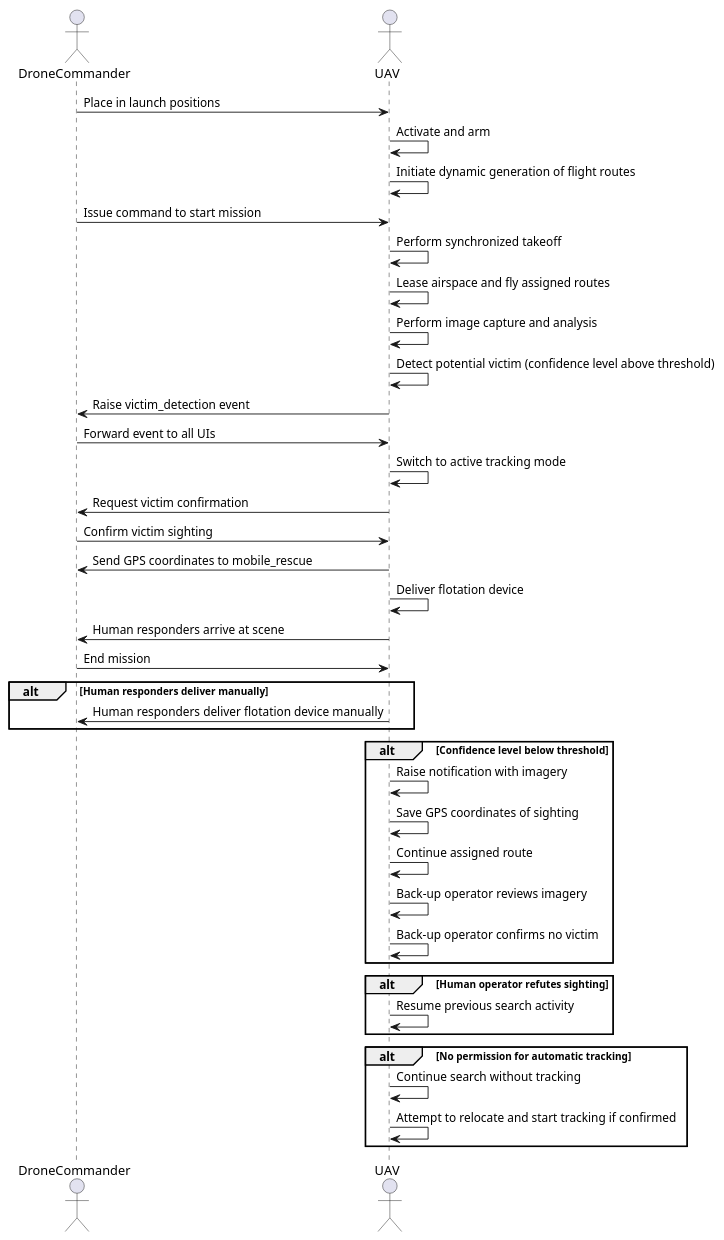
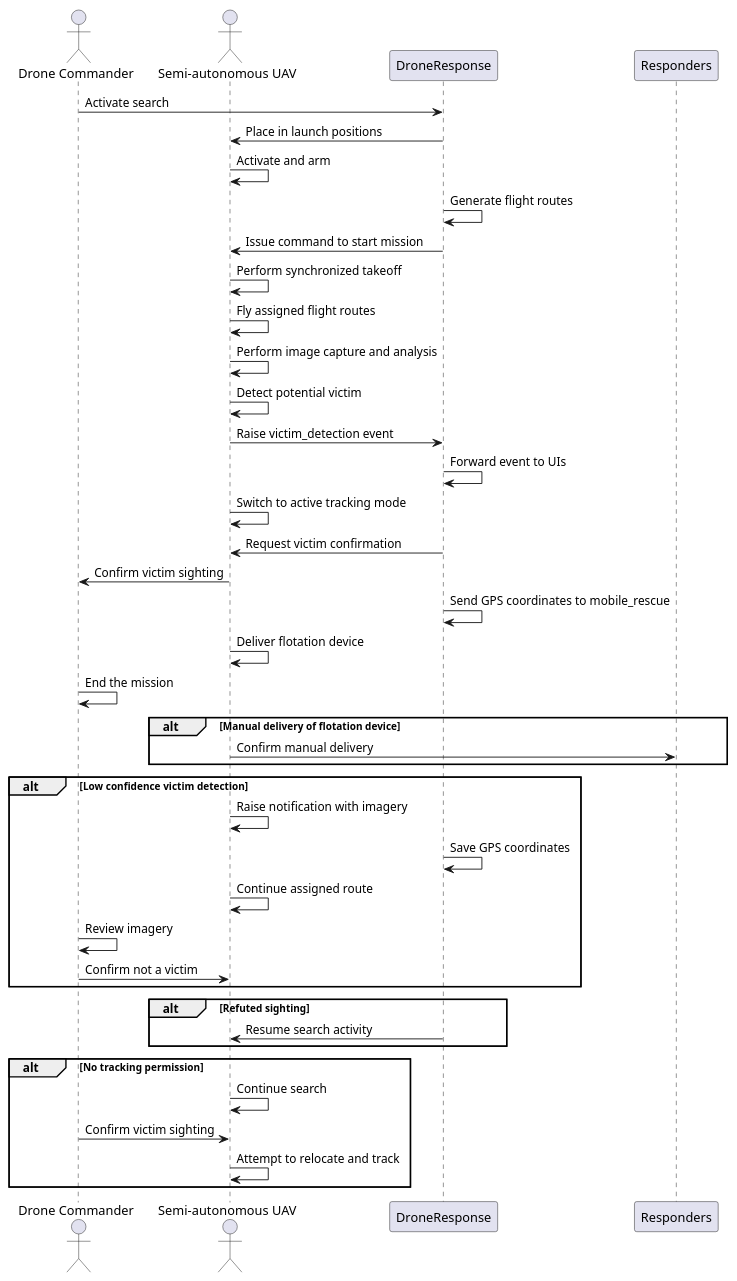
Before and after one commit to wbfenijo/Bakalarka: the diagram in data/outputsAI/SD1.puml, drawn with PlantUML. The commit also changed 7 other files, not shown here.

```diff
--- a/data/outputsAI/SD1.puml
+++ b/data/outputsAI/SD1.puml
@@ -1,43 +1,46 @@
 @startuml
-actor DroneCommander
-actor UAV
+actor "Drone Commander" as DC
+actor "Semi-autonomous UAV" as UAV
+participant "DroneResponse" as DR
 
-DroneCommander -> UAV : Place in launch positions
+DC -> DR : Activate search
+DR -> UAV : Place in launch positions
 UAV -> UAV : Activate and arm
-UAV -> UAV : Initiate dynamic generation of flight routes
-DroneCommander -> UAV : Issue command to start mission
+DR -> DR : Generate flight routes
+DR -> UAV : Issue command to start mission
 UAV -> UAV : Perform synchronized takeoff
-UAV -> UAV : Lease airspace and fly assigned routes
+UAV -> UAV : Fly assigned flight routes
 UAV -> UAV : Perform image capture and analysis
-UAV -> UAV : Detect potential victim (confidence level above threshold)
-UAV -> DroneCommander : Raise victim_detection event
-DroneCommander -> UAV : Forward event to all UIs
+UAV -> UAV : Detect potential victim
+UAV -> DR : Raise victim_detection event
+DR -> DR : Forward event to UIs
 UAV -> UAV : Switch to active tracking mode
-UAV -> DroneCommander : Request victim confirmation
-DroneCommander -> UAV : Confirm victim sighting
-UAV -> DroneCommander : Send GPS coordinates to mobile_rescue
+DR -> UAV : Request victim confirmation
+UAV -> DC : Confirm victim sighting
+DR -> DR : Send GPS coordinates to mobile_rescue
 UAV -> UAV : Deliver flotation device
-UAV -> DroneCommander : Human responders arrive at scene
-DroneCommander -> UAV : End mission
+DC -> DC : End the mission
 
-alt Human responders deliver manually
-    UAV -> DroneCommander : Human responders deliver flotation device manually
+alt Manual delivery of flotation device
+    UAV -> Responders : Confirm manual delivery
 end
 
-alt Confidence level below threshold
+alt Low confidence victim detection
     UAV -> UAV : Raise notification with imagery
-    UAV -> UAV : Save GPS coordinates of sighting
+    DR -> DR : Save GPS coordinates
     UAV -> UAV : Continue assigned route
-    UAV -> UAV : Back-up operator reviews imagery
-    UAV -> UAV : Back-up operator confirms no victim
+    DC -> DC : Review imagery
+    DC -> UAV : Confirm not a victim
 end
 
-alt Human operator refutes sighting
-    UAV -> UAV : Resume previous search activity
+alt Refuted sighting
+    DR -> UAV : Resume search activity
 end
 
-alt No permission for automatic tracking
-    UAV -> UAV : Continue search without tracking
-    UAV -> UAV : Attempt to relocate and start tracking if confirmed
+alt No tracking permission
+    UAV -> UAV : Continue search
+    DC -> UAV : Confirm victim sighting
+    UAV -> UAV : Attempt to relocate and track
 end
+
 @enduml
```
